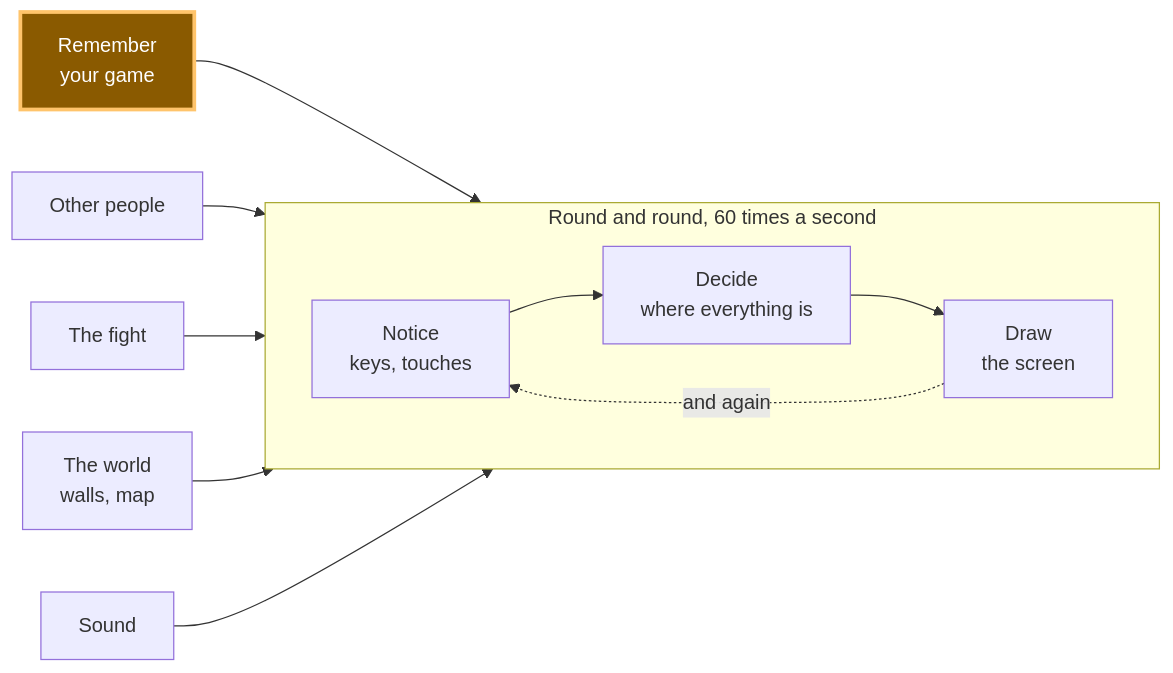
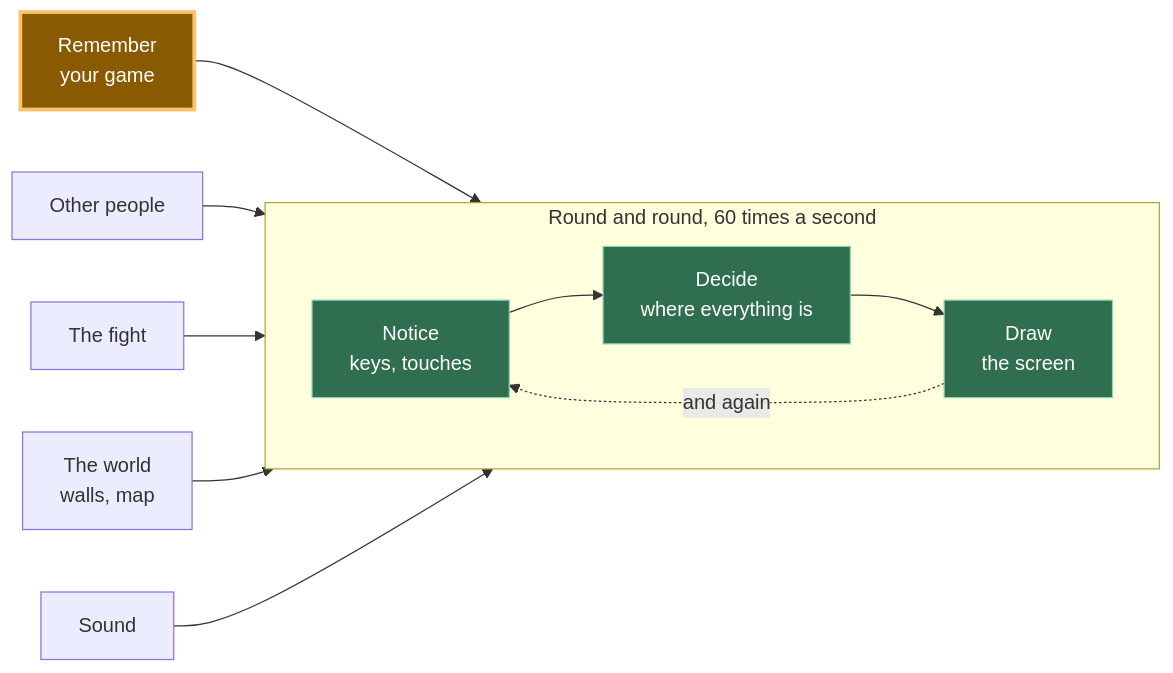
One commit to KakkoiDev/izumo-io changed the diagram in content/ai/a11.ja.md. Above: the diagram before and after it, drawn with Mermaid. The commit also changed other lines of this file and 35 other files, not shown here.

Commit message:
Mark earlier-completed modules green on the A11-A22 diagrams, and fix the stale A11 PT prompt block plus code markup in three translations

````diff
--- a/content/ai/a11.ja.md
+++ b/content/ai/a11.ja.md
@@ -17,17 +17,19 @@
 ```mermaid
 flowchart LR
     subgraph loop["Round and round, 60 times a second"]
         direction LR
         N["Notice<br/>keys, touches"] --> D["Decide<br/>where everything is"] --> R["Draw<br/>the screen"]
     end
     R -. "and again" .-> N
 
     S["Remember<br/>your game"] --> D
     O["Other people"] --> D
     F["The fight"] --> D
     W["The world<br/>walls, map"] --> R
     A["Sound"] --> R
 
     classDef now fill:#8a5a00,stroke:#ffc46b,color:#fff,stroke-width:3px
+    classDef done fill:#2f6f4f,stroke:#8fd6b4,color:#fff
+    class N,D,R done
     class S now
 ```
````
